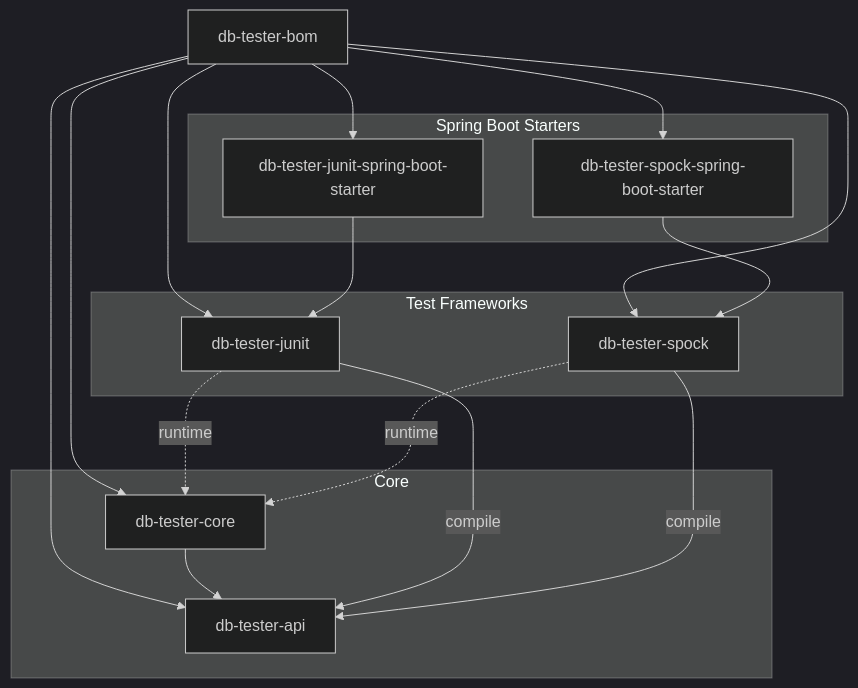
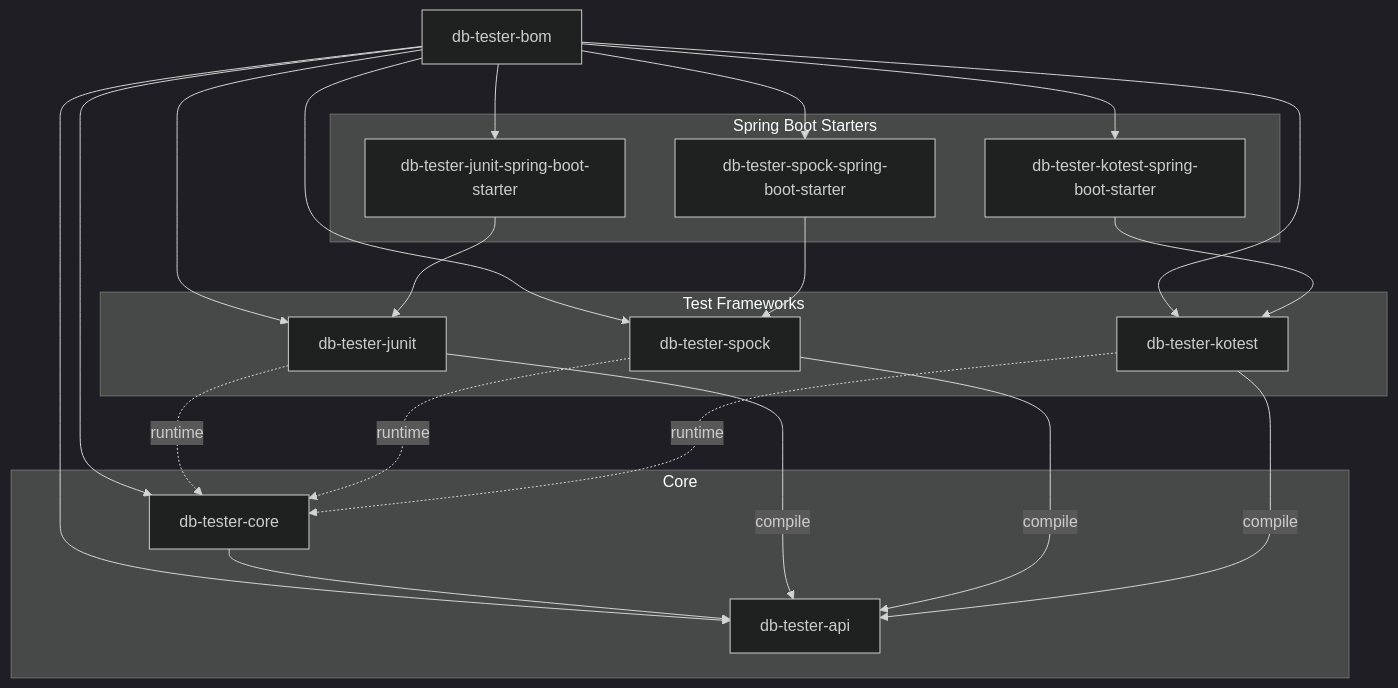
Before and after one commit to seijikohara/db-tester: the first of 2 diagrams in docs/specs/02-architecture.md, drawn with Mermaid (dark theme). The commit also changed other lines of this file and 288 other files, not shown here.

````diff
--- a/docs/specs/02-architecture.md
+++ b/docs/specs/02-architecture.md
@@ -9,34 +9,41 @@
 ```mermaid
 graph TD
     BOM[db-tester-bom]
 
     subgraph Core
         API[db-tester-api]
         CORE[db-tester-core]
     end
 
     subgraph "Test Frameworks"
         JUNIT[db-tester-junit]
         SPOCK[db-tester-spock]
+        KOTEST[db-tester-kotest]
     end
 
     subgraph "Spring Boot Starters"
         JUNIT_STARTER[db-tester-junit-spring-boot-starter]
         SPOCK_STARTER[db-tester-spock-spring-boot-starter]
+        KOTEST_STARTER[db-tester-kotest-spring-boot-starter]
     end
 
     BOM --> API
     BOM --> CORE
     BOM --> JUNIT
     BOM --> SPOCK
+    BOM --> KOTEST
     BOM --> JUNIT_STARTER
     BOM --> SPOCK_STARTER
+    BOM --> KOTEST_STARTER
 
     CORE --> API
     JUNIT -->|compile| API
     JUNIT -.->|runtime| CORE
     SPOCK -->|compile| API
     SPOCK -.->|runtime| CORE
+    KOTEST -->|compile| API
+    KOTEST -.->|runtime| CORE
     JUNIT_STARTER --> JUNIT
     SPOCK_STARTER --> SPOCK
+    KOTEST_STARTER --> KOTEST
 ```
````
